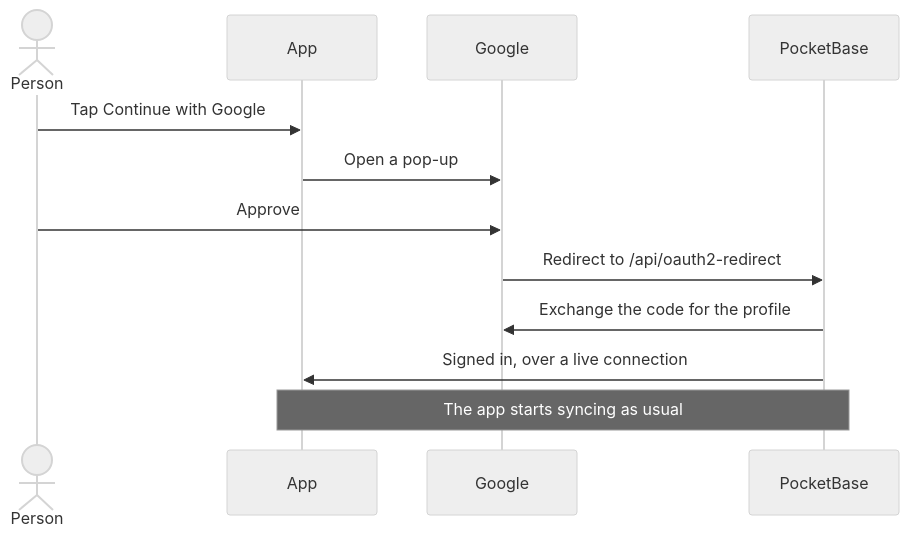
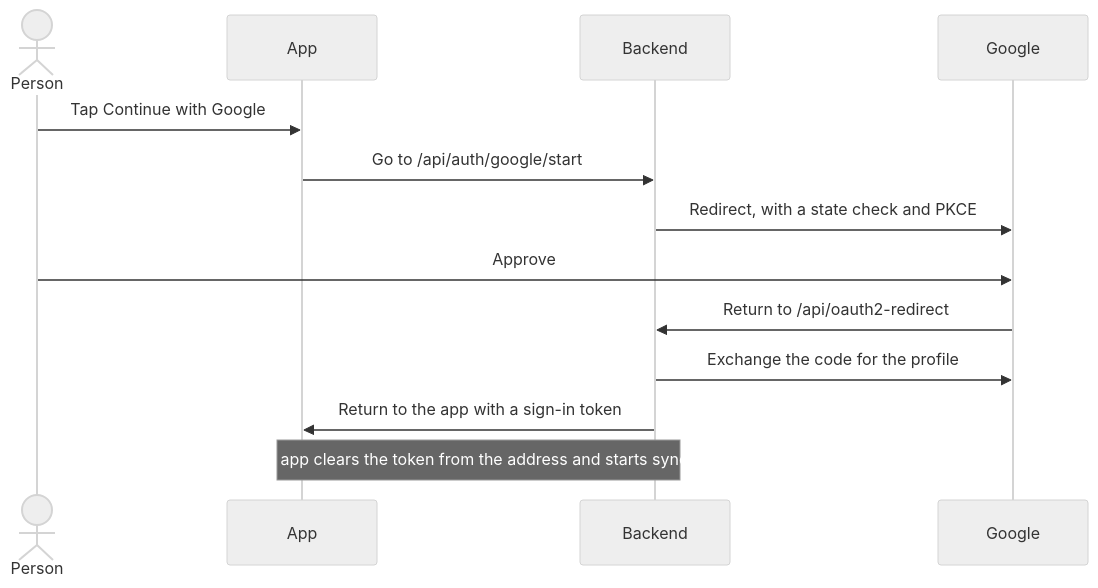
Before and after one commit to biruklarebo/veylith: the fifth of 6 diagrams in docs/backend.md, drawn with Mermaid (neutral theme). The commit also changed other lines of this file and 33 other files, not shown here.

````diff
--- a/docs/backend.md
+++ b/docs/backend.md
@@ -149,15 +128,16 @@
 ```mermaid
 sequenceDiagram
     actor Person
     participant App
+    participant API as Backend
     participant Google
-    participant API as PocketBase
 
     Person->>App: Tap Continue with Google
-    App->>Google: Open a pop-up
+    App->>API: Go to /api/auth/google/start
+    API->>Google: Redirect, with a state check and PKCE
     Person->>Google: Approve
-    Google->>API: Redirect to /api/oauth2-redirect
+    Google->>API: Return to /api/oauth2-redirect
     API->>Google: Exchange the code for the profile
-    API->>App: Signed in, over a live connection
-    Note over App,API: The app starts syncing as usual
+    API->>App: Return to the app with a sign-in token
+    Note over App,API: The app clears the token from the address and starts syncing
 ```
````
